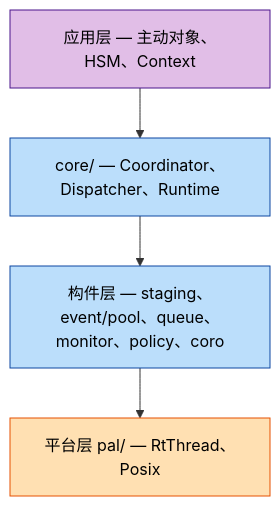
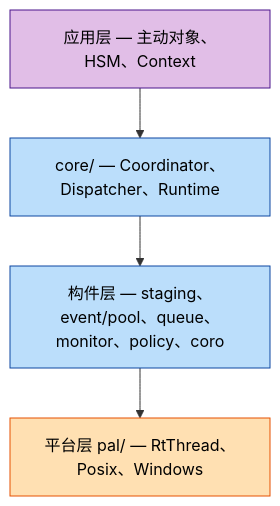
Before and after one commit to DeguiLiu/coact: the second of 2 diagrams in README_zh.md, drawn with Mermaid. The commit also changed other lines of this file and 1 other file, not shown here.

Commit message:
story-docs(dm): document the Windows PAL in the branch README

````diff
--- a/README_zh.md
+++ b/README_zh.md
@@ -51,11 +53,11 @@
 ```mermaid
 flowchart TB
     classDef app fill:#E1BEE7,stroke:#4A148C,color:#000
     classDef core fill:#BBDEFB,stroke:#0D47A1,color:#000
     classDef pal fill:#FFE0B2,stroke:#E65100,color:#000
     L4["应用层 — 主动对象、HSM、Context"]:::app
     L3["core/ — Coordinator、Dispatcher、Runtime"]:::core
     L2["构件层 — staging、event/pool、queue、monitor、policy、coro"]:::core
-    L1["平台层 pal/ — RtThread、Posix"]:::pal
+    L1["平台层 pal/ — RtThread、Posix、Windows"]:::pal
     L4 --> L3 --> L2 --> L1
 ```
````
